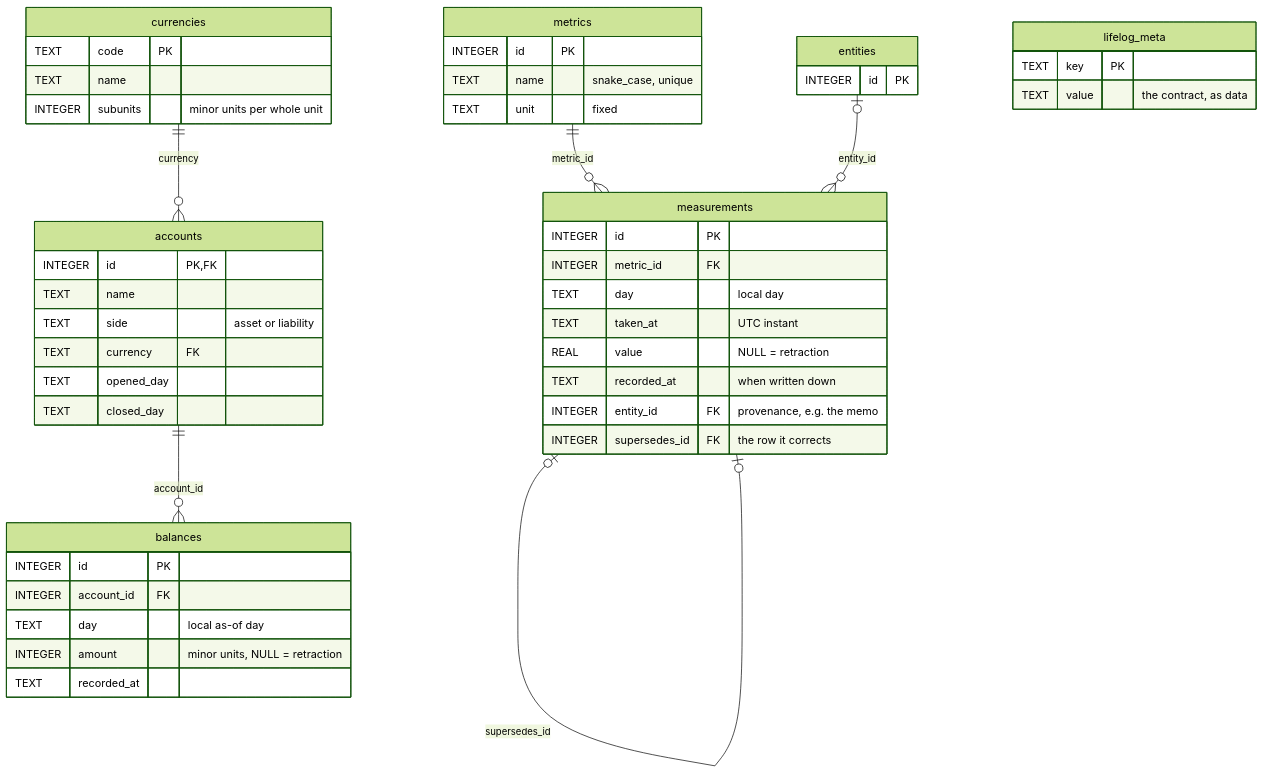
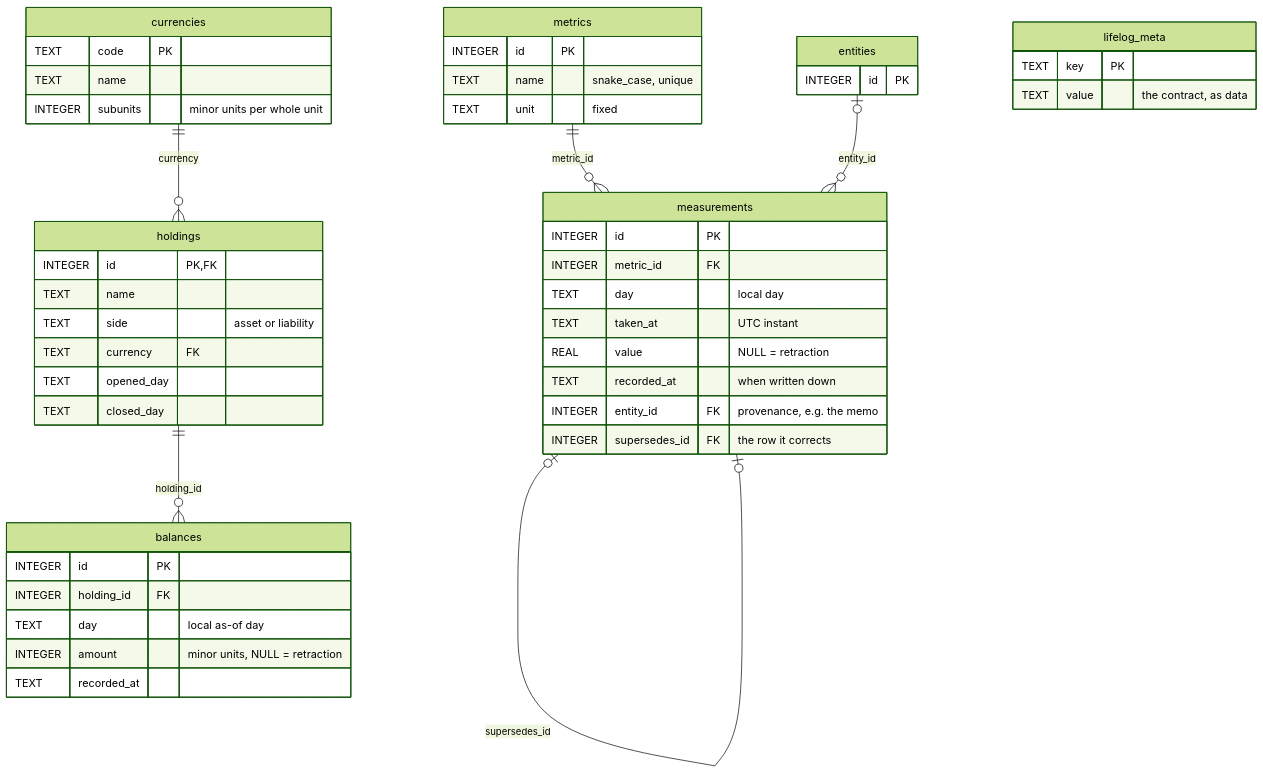
The fifth of 9 diagrams in SCHEMA.md (alexradunet/lifelogdb), drawn with Mermaid (forest theme) before and after one commit. The commit also changed other lines of this file and 13 other files, not shown here.

First line of the commit message:
SCHEMA.md: rename the account entity type to holding (D18)

````diff
--- a/SCHEMA.md
+++ b/SCHEMA.md
@@ -1251,52 +1251,52 @@
 ```mermaid
 %% diagram: er-facts
 erDiagram
     metrics     ||--o{ measurements : "metric_id"
     entities    |o--o{ measurements : "entity_id"
     measurements |o--o| measurements : "supersedes_id"
-    accounts    ||--o{ balances     : "account_id"
-    currencies  ||--o{ accounts     : "currency"
+    holdings    ||--o{ balances     : "holding_id"
+    currencies  ||--o{ holdings     : "currency"
 
     metrics {
         INTEGER id PK
         TEXT name "snake_case, unique"
         TEXT unit "fixed"
     }
     measurements {
         INTEGER id PK
         INTEGER metric_id FK
         TEXT day "local day"
         TEXT taken_at "UTC instant"
         REAL value "NULL = retraction"
         TEXT recorded_at "when written down"
         INTEGER entity_id FK "provenance, e.g. the memo"
         INTEGER supersedes_id FK "the row it corrects"
     }
     entities {
         INTEGER id PK
     }
-    accounts {
+    holdings {
         INTEGER id PK, FK
         TEXT name
         TEXT side "asset or liability"
         TEXT currency FK
         TEXT opened_day
         TEXT closed_day
     }
     balances {
         INTEGER id PK
-        INTEGER account_id FK
+        INTEGER holding_id FK
         TEXT day "local as-of day"
         INTEGER amount "minor units, NULL = retraction"
         TEXT recorded_at
     }
     currencies {
         TEXT code PK
         TEXT name
         INTEGER subunits "minor units per whole unit"
     }
     lifelog_meta {
         TEXT key PK
         TEXT value "the contract, as data"
     }
 ```
````
